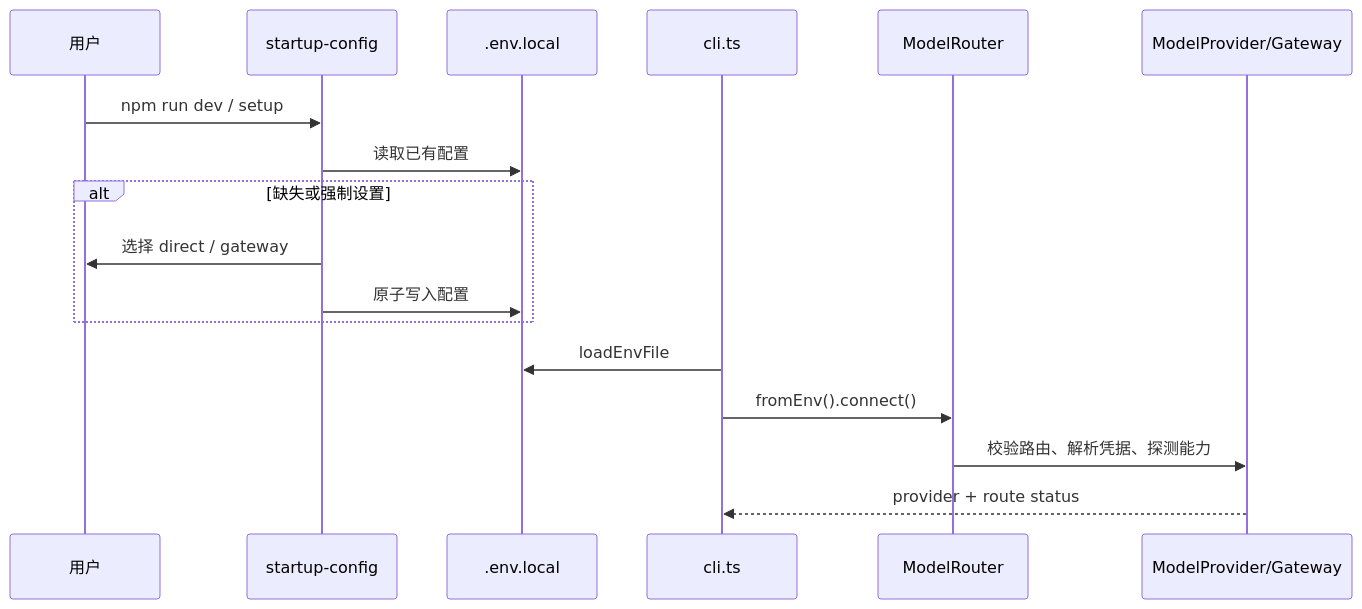
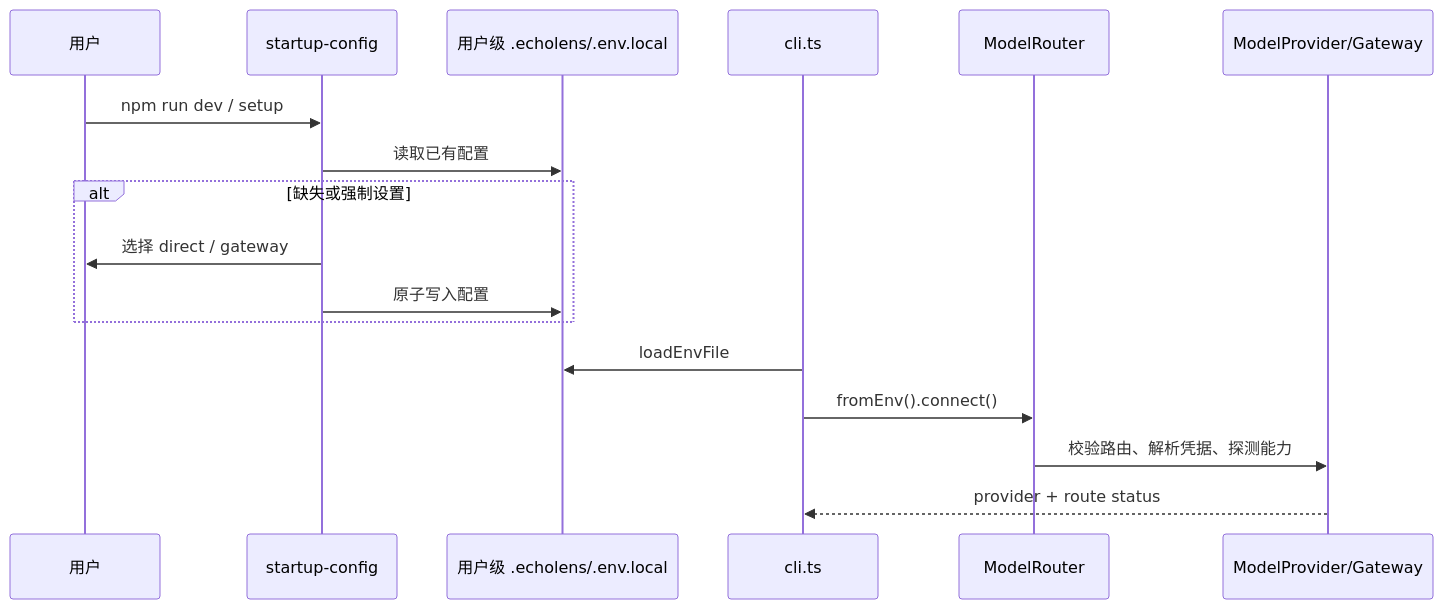
One commit to qianqi7777/EchoLens-Agent changed the first of 2 diagrams in doc/功能链路/01-启动配置凭据与模型路由.md. Above: the diagram before and after it, drawn with Mermaid. The commit also changed other lines of this file and 6 other files, not shown here.

````diff
--- a/doc/功能链路/01-启动配置凭据与模型路由.md
+++ b/doc/功能链路/01-启动配置凭据与模型路由.md
@@ -13,19 +13,19 @@
 ```mermaid
 sequenceDiagram
   participant U as 用户
   participant S as startup-config
-  participant E as .env.local
+  participant E as 用户级 .echolens/.env.local
   participant C as cli.ts
   participant R as ModelRouter
   participant P as ModelProvider/Gateway
   U->>S: npm run dev / setup
   S->>E: 读取已有配置
   alt 缺失或强制设置
     S->>U: 选择 direct / gateway
     S->>E: 原子写入配置
   end
   C->>E: loadEnvFile
   C->>R: fromEnv().connect()
   R->>P: 校验路由、解析凭据、探测能力
   P-->>C: provider + route status
 ```
````
